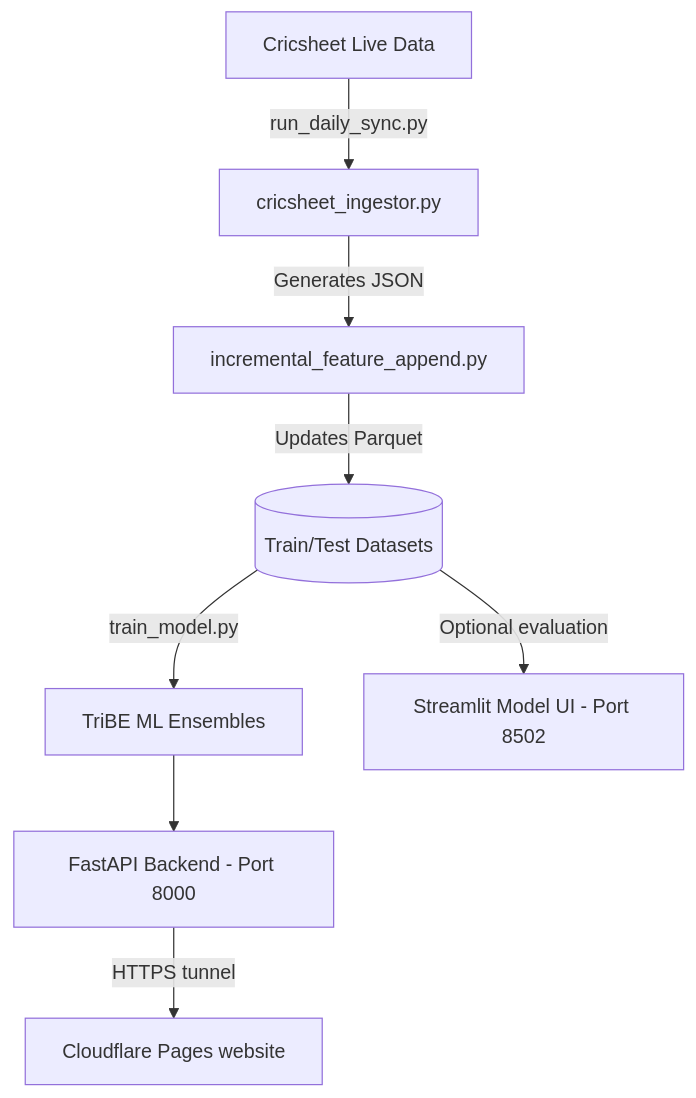
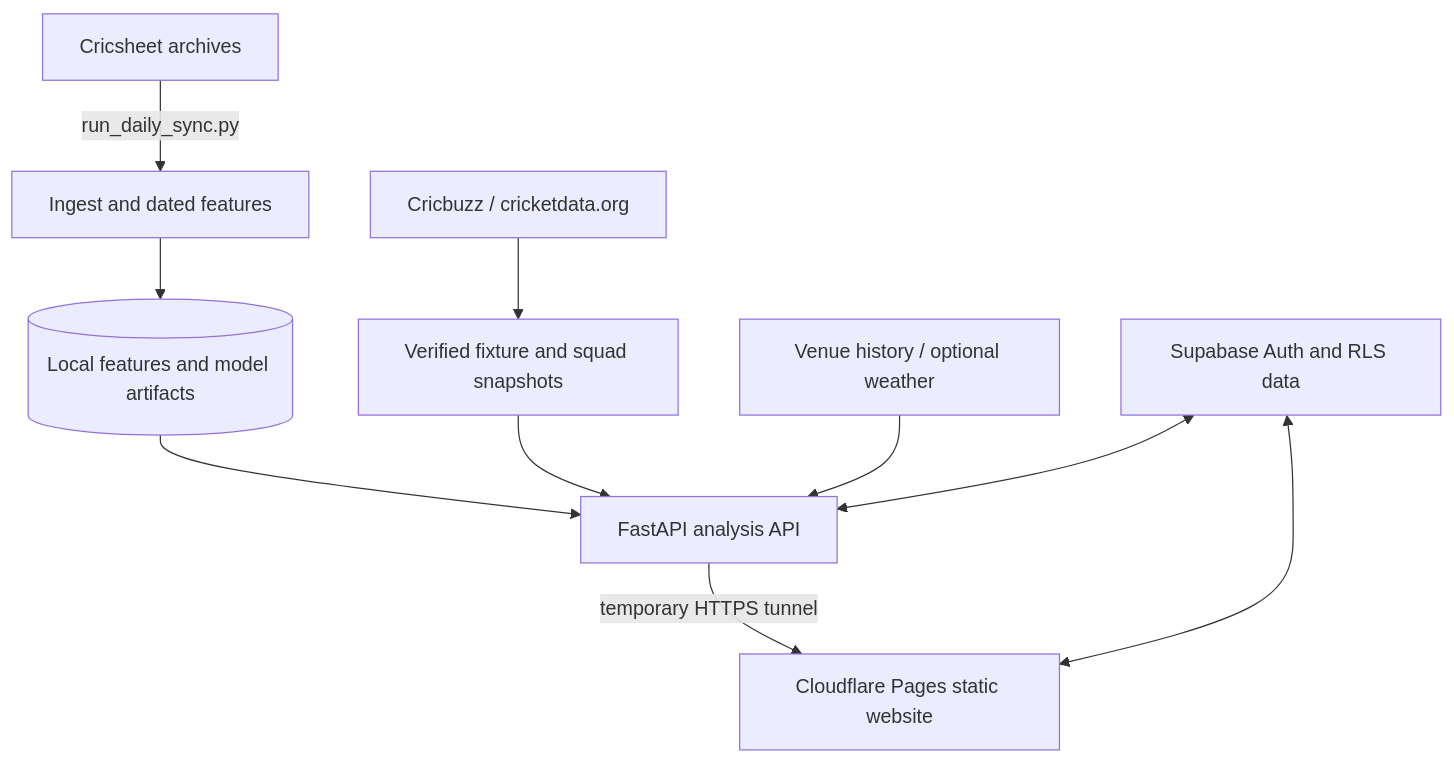
One commit to artignite3/NEW_X1 changed the diagram in README.md. Above: the diagram before and after it, drawn with Mermaid. The commit also changed other lines of this file and 36 other files, not shown here.

````diff
--- a/README.md
+++ b/README.md
@@ -75,11 +77,12 @@
 ```mermaid
 flowchart TD
-    A[Cricsheet Live Data] -->|run_daily_sync.py| B[cricsheet_ingestor.py]
-    B -->|Generates JSON| C[incremental_feature_append.py]
-    C -->|Updates Parquet| D[(Train/Test Datasets)]
-    D -->|train_model.py| E[TriBE ML Ensembles]
-    
-    E --> F[FastAPI Backend - Port 8000]
-    F -->|HTTPS tunnel| G[Cloudflare Pages website]
-    D -->|Optional evaluation| H[Streamlit Model UI - Port 8502]
+    A[Cricsheet archives] -->|run_daily_sync.py| B[Ingest and dated features]
+    B --> D[(Local features and model artifacts)]
+    C[Cricbuzz / cricketdata.org] --> S[Verified fixture and squad snapshots]
+    D --> F[FastAPI analysis API]
+    S --> F
+    V[Venue history / optional weather] --> F
+    F -->|temporary HTTPS tunnel| G[Cloudflare Pages static website]
+    U[Supabase Auth and RLS data] <--> G
+    U <--> F
 ```
````
